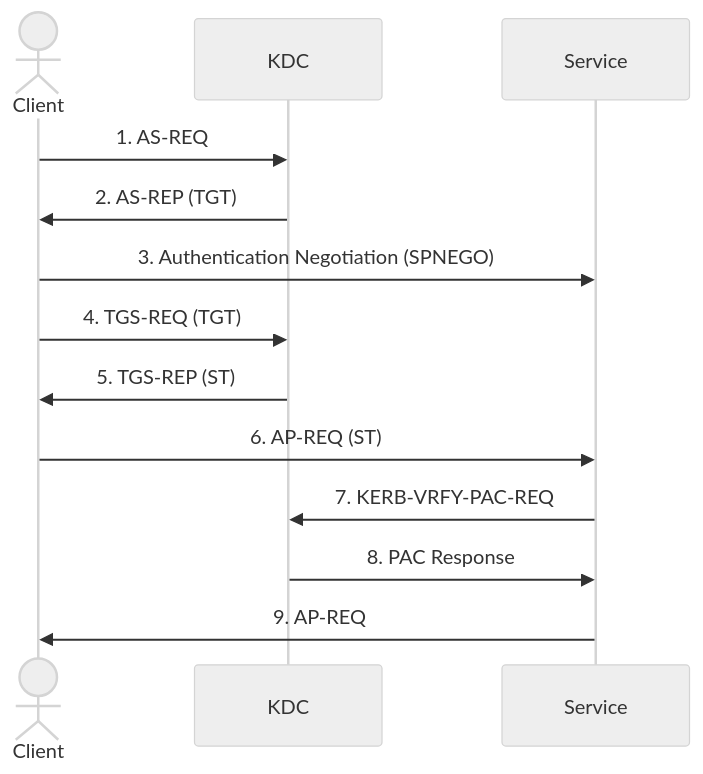
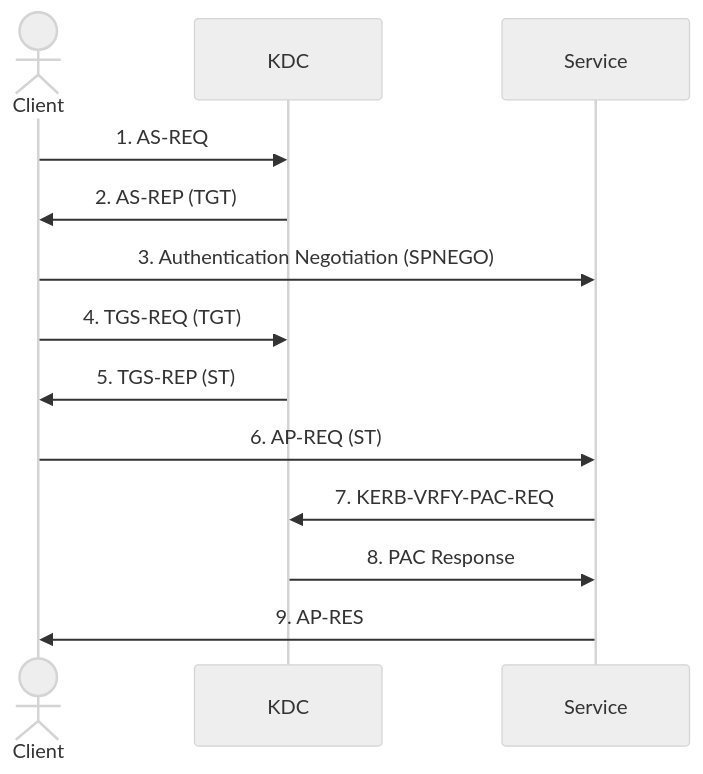
Before and after one commit to drdragon79/infosec-stuff: the diagram in Active Directory/AD Concepts/Kerberos.md, drawn with Mermaid (neutral theme). The commit also changed other lines of this file and 2 other files, not shown here.

````diff
--- a/Active Directory/AD Concepts/Kerberos.md
+++ b/Active Directory/AD Concepts/Kerberos.md
@@ -57,16 +57,16 @@
 ```mermaid
 sequenceDiagram
 	actor Client
 	participant KDC
 	participant Service
 	Client ->> KDC : 1. AS-REQ
 	KDC ->> Client: 2. AS-REP (TGT)
 	Client ->> Service: 3. Authentication Negotiation (SPNEGO)
 	Client ->> KDC: 4. TGS-REQ (TGT)
 	KDC ->> Client: 5. TGS-REP (ST)
 	Client ->> Service: 6. AP-REQ (ST)
 	Service ->> KDC: 7. KERB-VRFY-PAC-REQ
 	KDC ->> Service: 8. PAC Response
-	Service ->> Client: 9. AP-REQ
+	Service ->> Client: 9. AP-RES
 	
 ```
````
